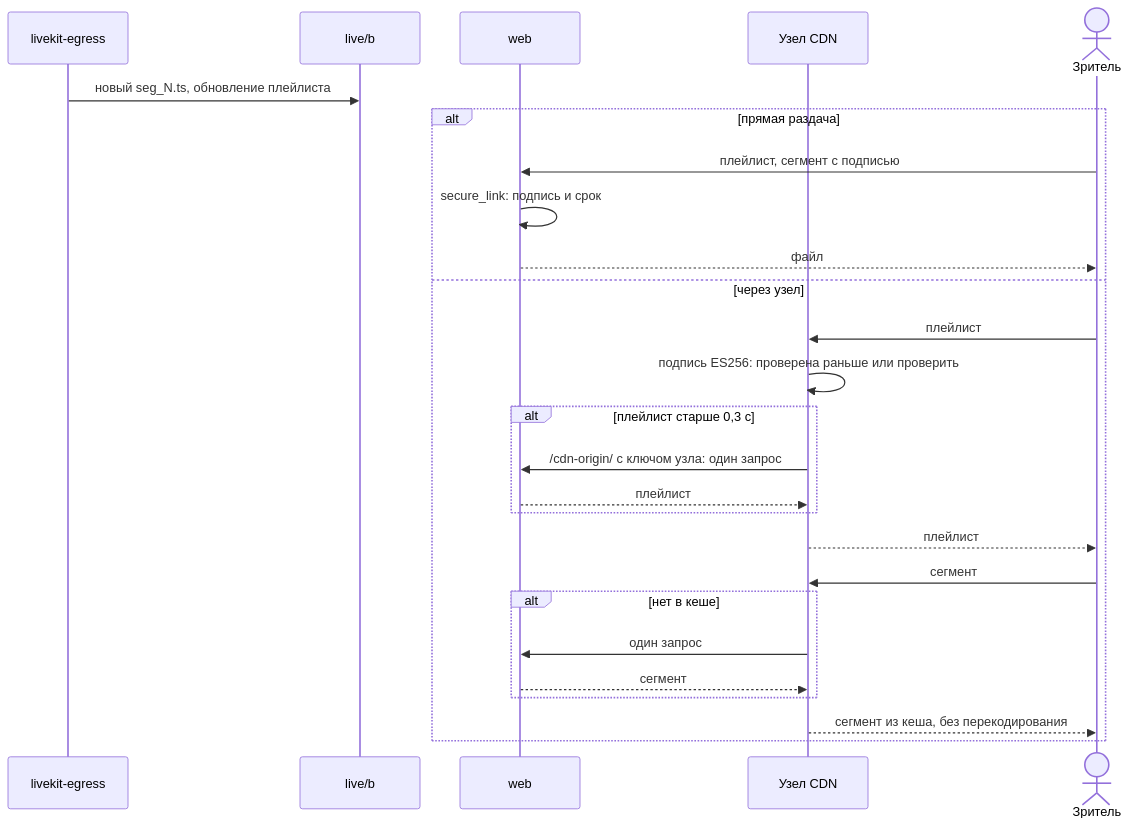
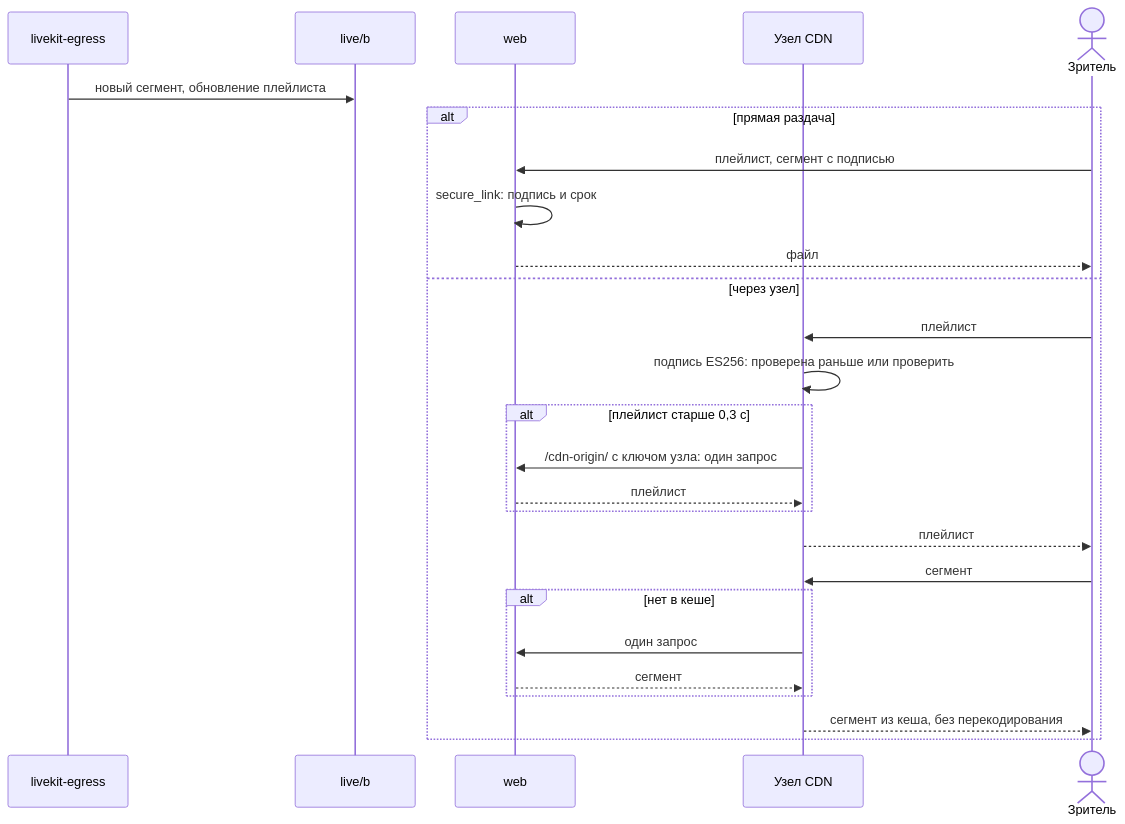
The fifth of 7 diagrams in wiki/Архитектура-Последовательности-трансляций.md (calleograph/peregovorka), drawn with Mermaid before and after one commit. The commit also changed other lines of this file and 322 other files, not shown here.

````diff
--- a/wiki/Архитектура-Последовательности-трансляций.md
+++ b/wiki/Архитектура-Последовательности-трансляций.md
@@ -70,28 +159,28 @@
 ```mermaid
 sequenceDiagram
   participant E as livekit-egress
   participant F as live/b
   participant W as web
   participant N as Узел CDN
   actor V as Зритель
-  E->>F: новый seg_N.ts, обновление плейлиста
+  E->>F: новый сегмент, обновление плейлиста
   alt прямая раздача
     V->>W: плейлист, сегмент с подписью
     W->>W: secure_link: подпись и срок
     W-->>V: файл
   else через узел
     V->>N: плейлист
     N->>N: подпись ES256: проверена раньше или проверить
     alt плейлист старше 0,3 с
       N->>W: /cdn-origin/ с ключом узла: один запрос
       W-->>N: плейлист
     end
     N-->>V: плейлист
     V->>N: сегмент
     alt нет в кеше
       N->>W: один запрос
       W-->>N: сегмент
     end
     N-->>V: сегмент из кеша, без перекодирования
   end
 ```
````
